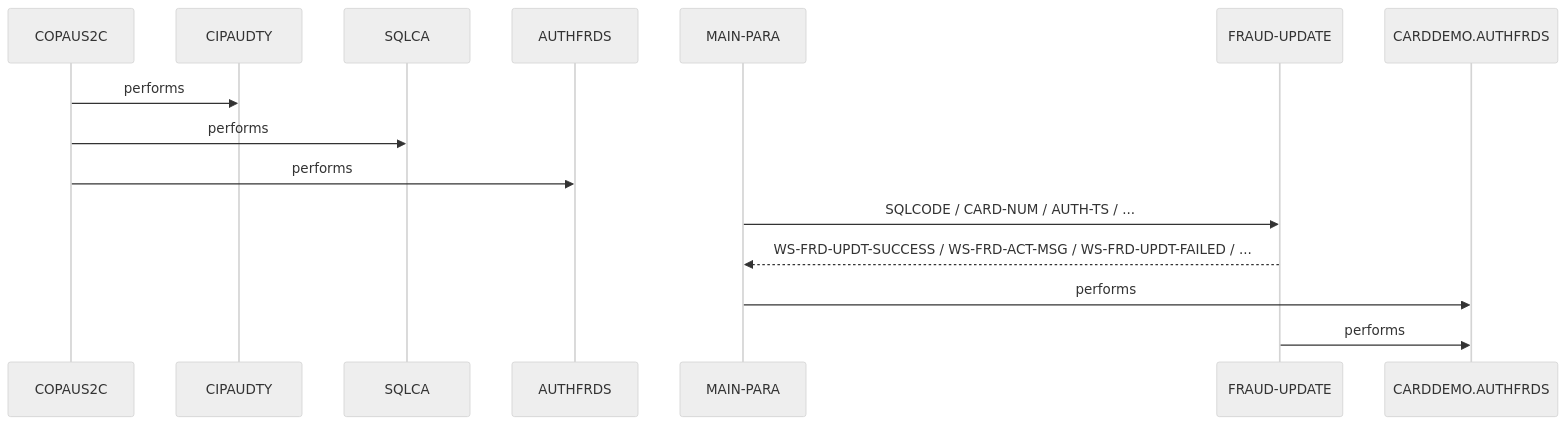
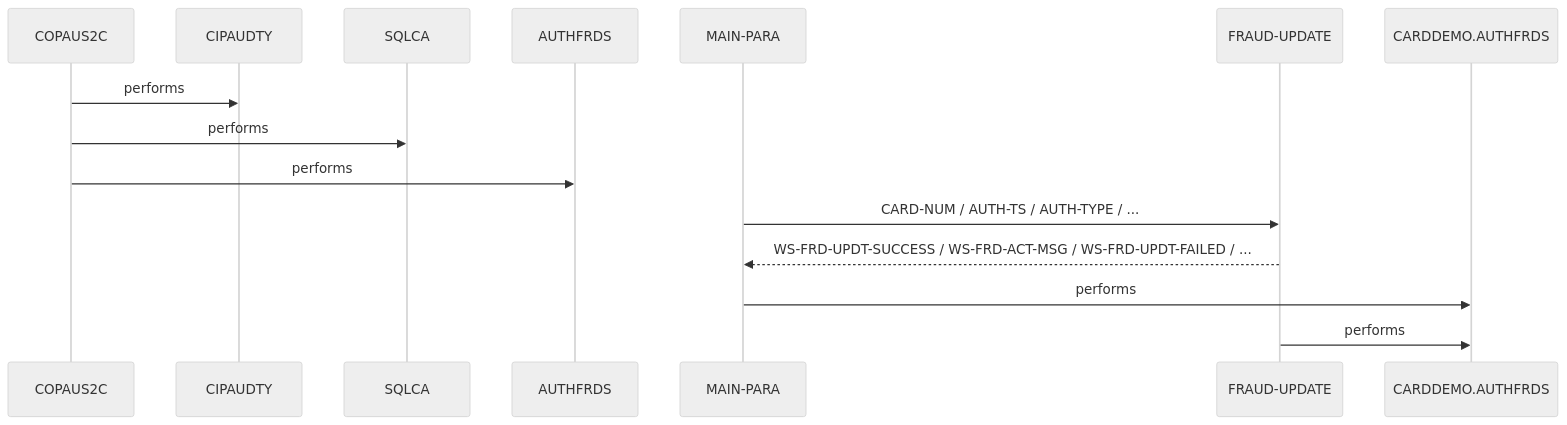
Before and after one commit to andrasfe/war_rig: the second of 2 diagrams in example_output/cbl/COPAUS2C.cbl.md, drawn with Mermaid (neutral theme). The commit also changed other lines of this file and 238 other files, not shown here.

````diff
--- a/example_output/cbl/COPAUS2C.cbl.md
+++ b/example_output/cbl/COPAUS2C.cbl.md
@@ -141,17 +142,17 @@
 ```mermaid
 sequenceDiagram
     participant COPAUS2C as COPAUS2C
     participant CIPAUDTY as CIPAUDTY
     participant SQLCA as SQLCA
     participant AUTHFRDS as AUTHFRDS
     participant MAIN_PARA as MAIN-PARA
     participant FRAUD_UPDATE as FRAUD-UPDATE
     participant CARDDEMO_AUTHFRDS as CARDDEMO.AUTHFRDS
     COPAUS2C->>CIPAUDTY: performs
     COPAUS2C->>SQLCA: performs
     COPAUS2C->>AUTHFRDS: performs
-    MAIN_PARA->>FRAUD_UPDATE: SQLCODE / CARD-NUM / AUTH-TS / ...
+    MAIN_PARA->>FRAUD_UPDATE: CARD-NUM / AUTH-TS / AUTH-TYPE / ...
     FRAUD_UPDATE-->>MAIN_PARA: WS-FRD-UPDT-SUCCESS / WS-FRD-ACT-MSG / WS-FRD-UPDT-FAILED / ...
     MAIN_PARA->>CARDDEMO_AUTHFRDS: performs
     FRAUD_UPDATE->>CARDDEMO_AUTHFRDS: performs
 ```
````
